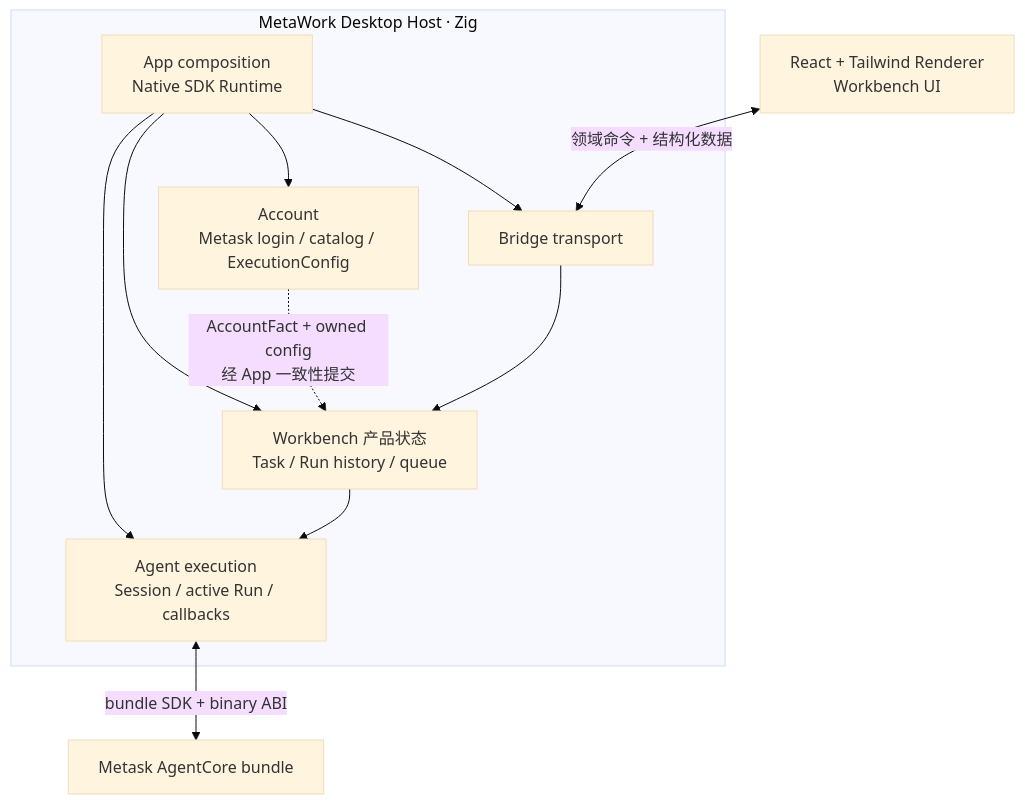
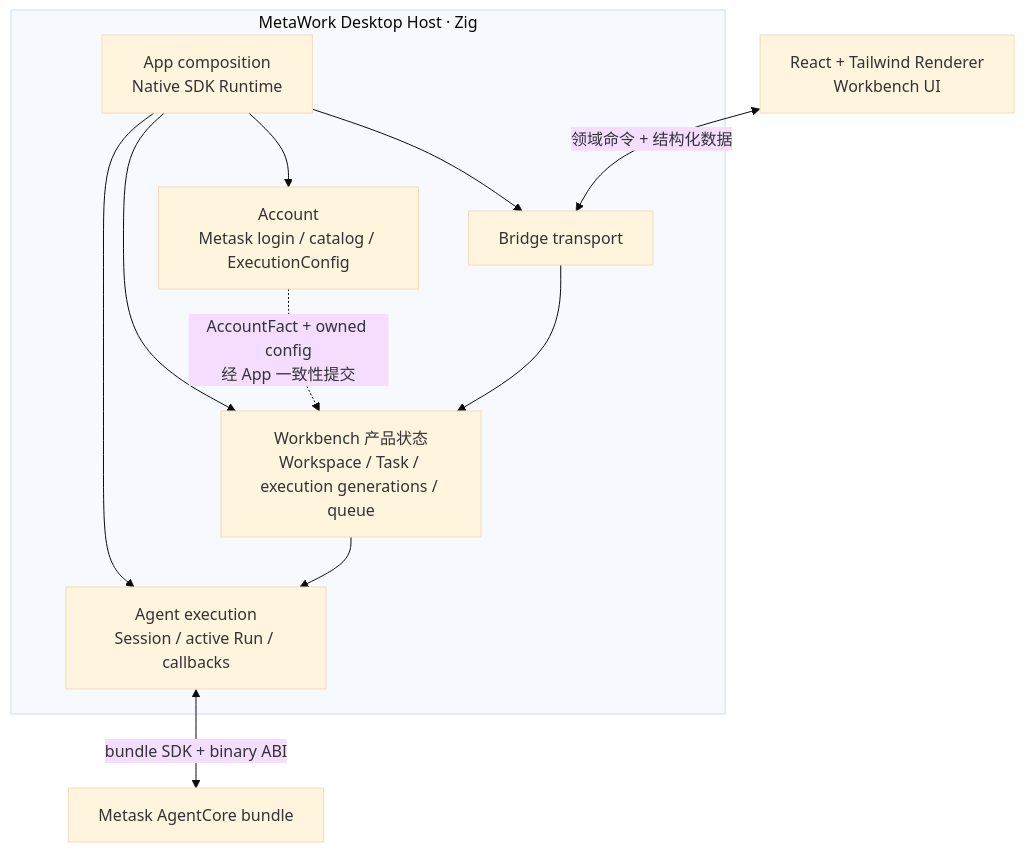
The diagram in docs/architecture.md (metask-ai/metawork), drawn with Mermaid (base theme) before and after one commit. The commit also changed other lines of this file and 3 other files, not shown here.

````diff
--- a/docs/architecture.md
+++ b/docs/architecture.md
@@ -55,24 +55,24 @@
 ```mermaid
 flowchart TB
     UI["React + Tailwind Renderer<br/>Workbench UI"]
 
     subgraph HOST["MetaWork Desktop Host · Zig"]
         APP["App composition<br/>Native SDK Runtime"]
         ACCOUNT["Account<br/>Metask login / catalog / ExecutionConfig"]
         BRIDGE["Bridge transport"]
-        WB["Workbench 产品状态<br/>Task / Run history / queue"]
+        WB["Workbench 产品状态<br/>Workspace / Task / execution generations / queue"]
         AGENT["Agent execution<br/>Session / active Run / callbacks"]
         APP --> BRIDGE
         APP --> ACCOUNT
         APP --> WB
         APP --> AGENT
         BRIDGE --> WB
         ACCOUNT -. "AccountFact + owned config<br/>经 App 一致性提交" .-> WB
         WB --> AGENT
     end
 
     CORE["Metask AgentCore bundle"]
 
     UI <-->|"领域命令 + 结构化数据"| BRIDGE
     AGENT <-->|"bundle SDK + binary ABI"| CORE
 ```
````
